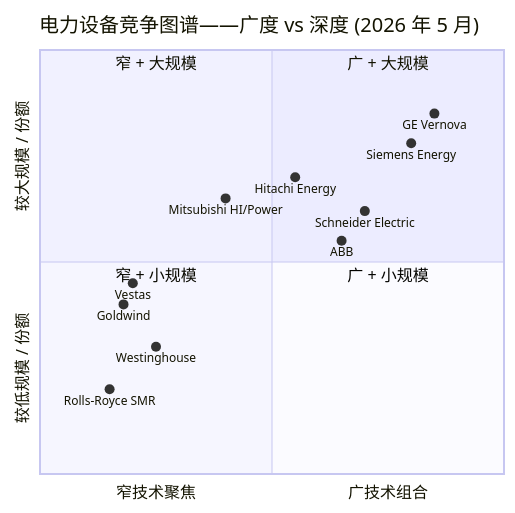
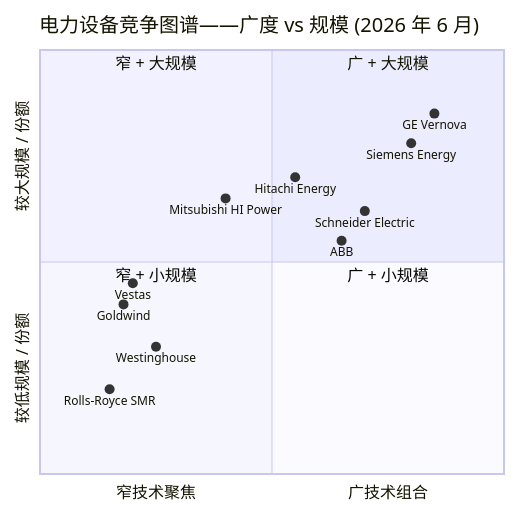
Before and after one commit to dadachundan/financial_agent: the fourth of 4 diagrams in reports/company/GEVernova_NYSE_GEV/GEVernova_NYSE_GEV_公司研究.md, drawn with Mermaid. The commit also changed other lines of this file and 9 other files, not shown here.

````diff
--- a/reports/company/GEVernova_NYSE_GEV/GEVernova_NYSE_GEV_公司研究.md
+++ b/reports/company/GEVernova_NYSE_GEV/GEVernova_NYSE_GEV_公司研究.md
@@ -339,20 +762,20 @@
 ```mermaid
 quadrantChart
-    title 电力设备竞争图谱——广度 vs 深度 (2026 年 5 月)
+    title 电力设备竞争图谱——广度 vs 规模 (2026 年 6 月)
     x-axis "窄技术聚焦" --> "广技术组合"
     y-axis "较低规模 / 份额" --> "较大规模 / 份额"
     quadrant-1 "广 + 大规模"
     quadrant-2 "窄 + 大规模"
     quadrant-3 "窄 + 小规模"
     quadrant-4 "广 + 小规模"
     GE Vernova: [0.85, 0.85]
     Siemens Energy: [0.80, 0.78]
     Hitachi Energy: [0.55, 0.70]
-    Mitsubishi HI/Power: [0.40, 0.65]
+    Mitsubishi HI Power: [0.40, 0.65]
     ABB: [0.65, 0.55]
     Schneider Electric: [0.70, 0.62]
     Vestas: [0.20, 0.45]
     Westinghouse: [0.25, 0.30]
     Rolls-Royce SMR: [0.15, 0.20]
     Goldwind: [0.18, 0.40]
 ```
````
